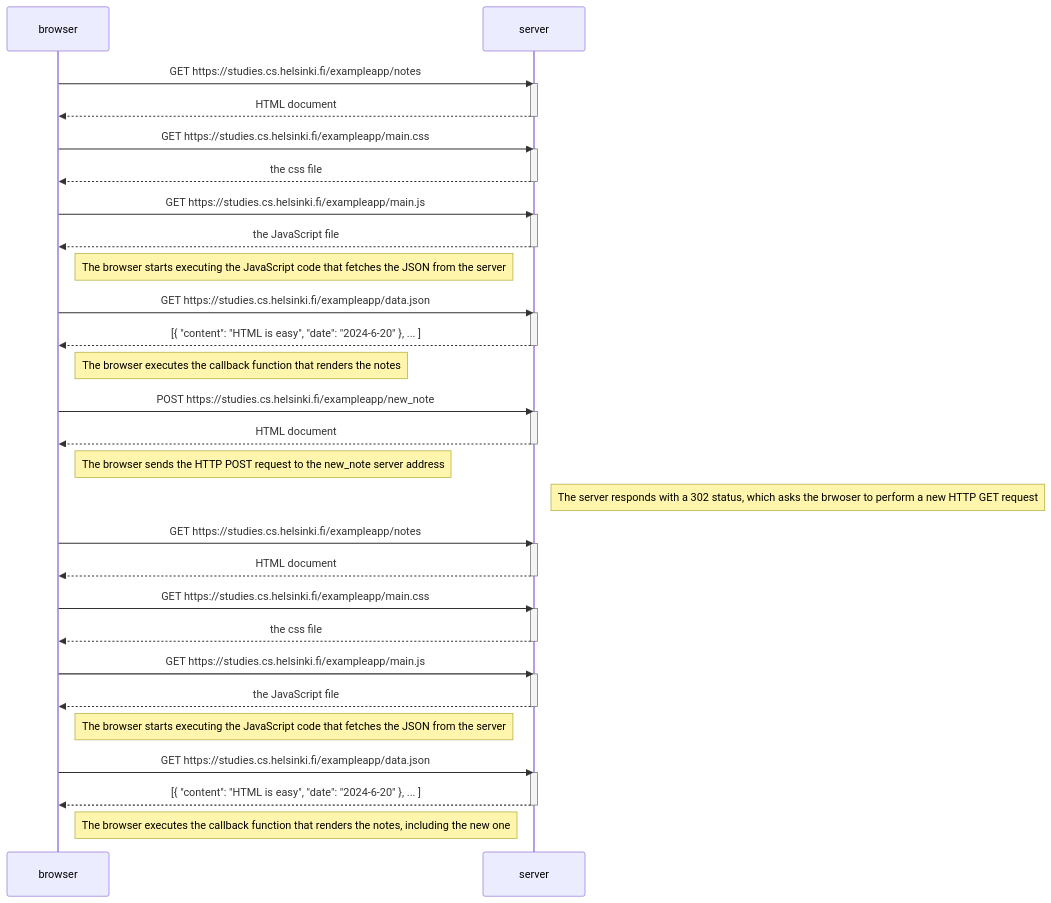
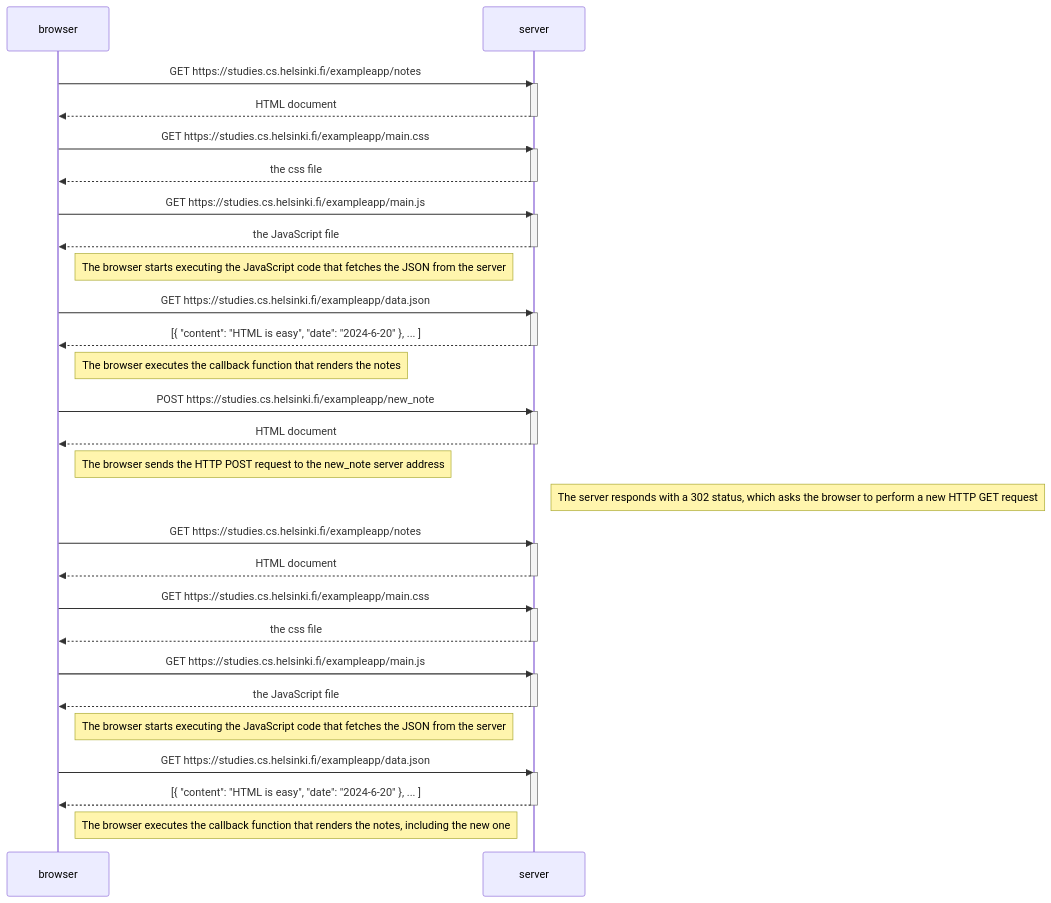
The diagram in part0/04.md (adeadelaide/fullstack-web-dev), drawn with Mermaid before and after one commit.

````diff
--- a/part0/04.md
+++ b/part0/04.md
@@ -1,60 +1,60 @@
 ```mermaid
     sequenceDiagram
         participant browser
         participant server
 
         browser->>server: GET https://studies.cs.helsinki.fi/exampleapp/notes
 
         activate server
         server-->>browser: HTML document
         deactivate server
 
         browser->>server: GET https://studies.cs.helsinki.fi/exampleapp/main.css
         activate server
         server-->>browser: the css file
         deactivate server
 
         browser->>server: GET https://studies.cs.helsinki.fi/exampleapp/main.js
         activate server
         server-->>browser: the JavaScript file
         deactivate server
 
         Note right of browser: The browser starts executing the JavaScript code that fetches the JSON from the server
 
         browser->>server: GET https://studies.cs.helsinki.fi/exampleapp/data.json
         activate server
         server-->>browser: [{ "content": "HTML is easy", "date": "2024-6-20" }, ... ]
         deactivate server
 
         Note right of browser: The browser executes the callback function that renders the notes
     
         browser->>server: POST https://studies.cs.helsinki.fi/exampleapp/new_note
         activate server
         server-->>browser: HTML document
         deactivate server
         Note right of browser: The browser sends the HTTP POST request to the new_note server address
-        Note right of server: The server responds with a 302 status, which asks the brwoser to perform a new HTTP GET request
+        Note right of server: The server responds with a 302 status, which asks the browser to perform a new HTTP GET request
 
         browser->>server: GET https://studies.cs.helsinki.fi/exampleapp/notes
         activate server
         server-->>browser: HTML document
         deactivate server
 
             browser->>server: GET https://studies.cs.helsinki.fi/exampleapp/main.css
         activate server
         server-->>browser: the css file
         deactivate server
 
         browser->>server: GET https://studies.cs.helsinki.fi/exampleapp/main.js
         activate server
         server-->>browser: the JavaScript file
         deactivate server
 
         Note right of browser: The browser starts executing the JavaScript code that fetches the JSON from the server
 
         browser->>server: GET https://studies.cs.helsinki.fi/exampleapp/data.json
         activate server
         server-->>browser: [{ "content": "HTML is easy", "date": "2024-6-20" }, ... ]
         deactivate server
         Note right of browser: The browser executes the callback function that renders the notes, including the new one
 ```
````
